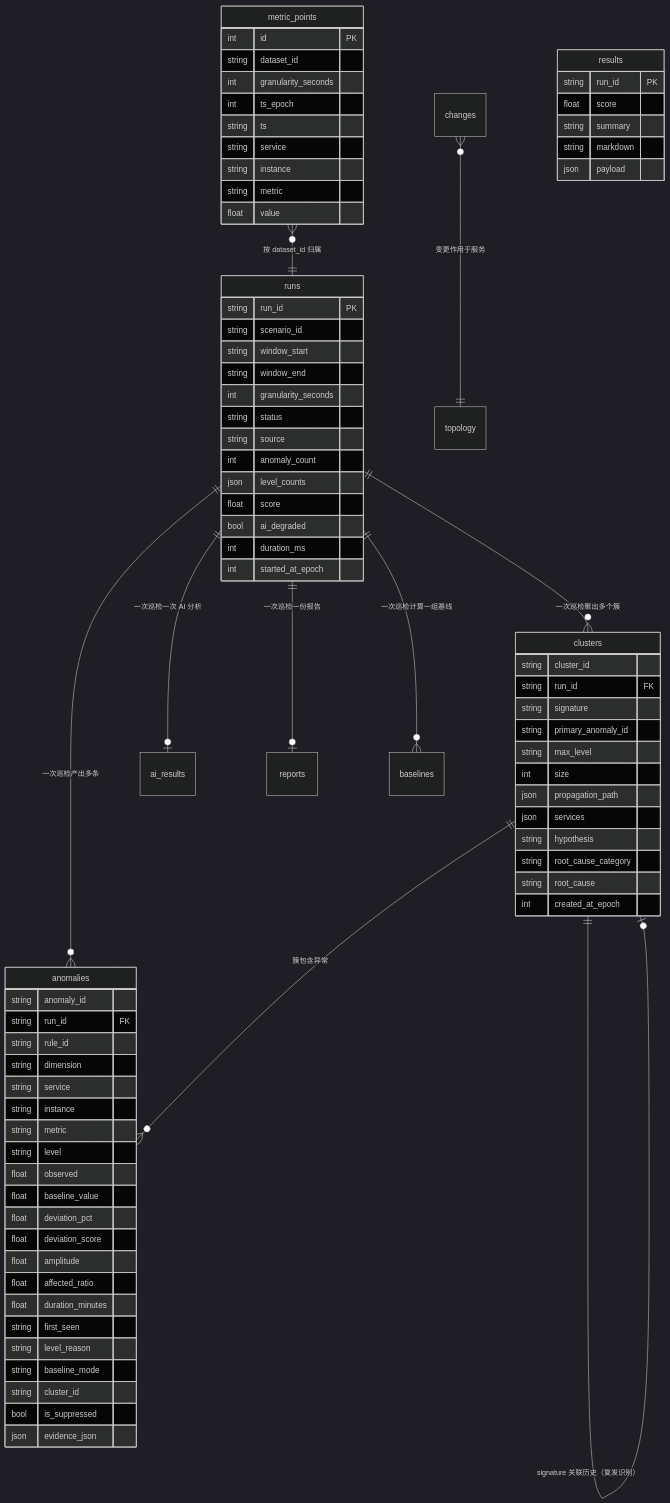
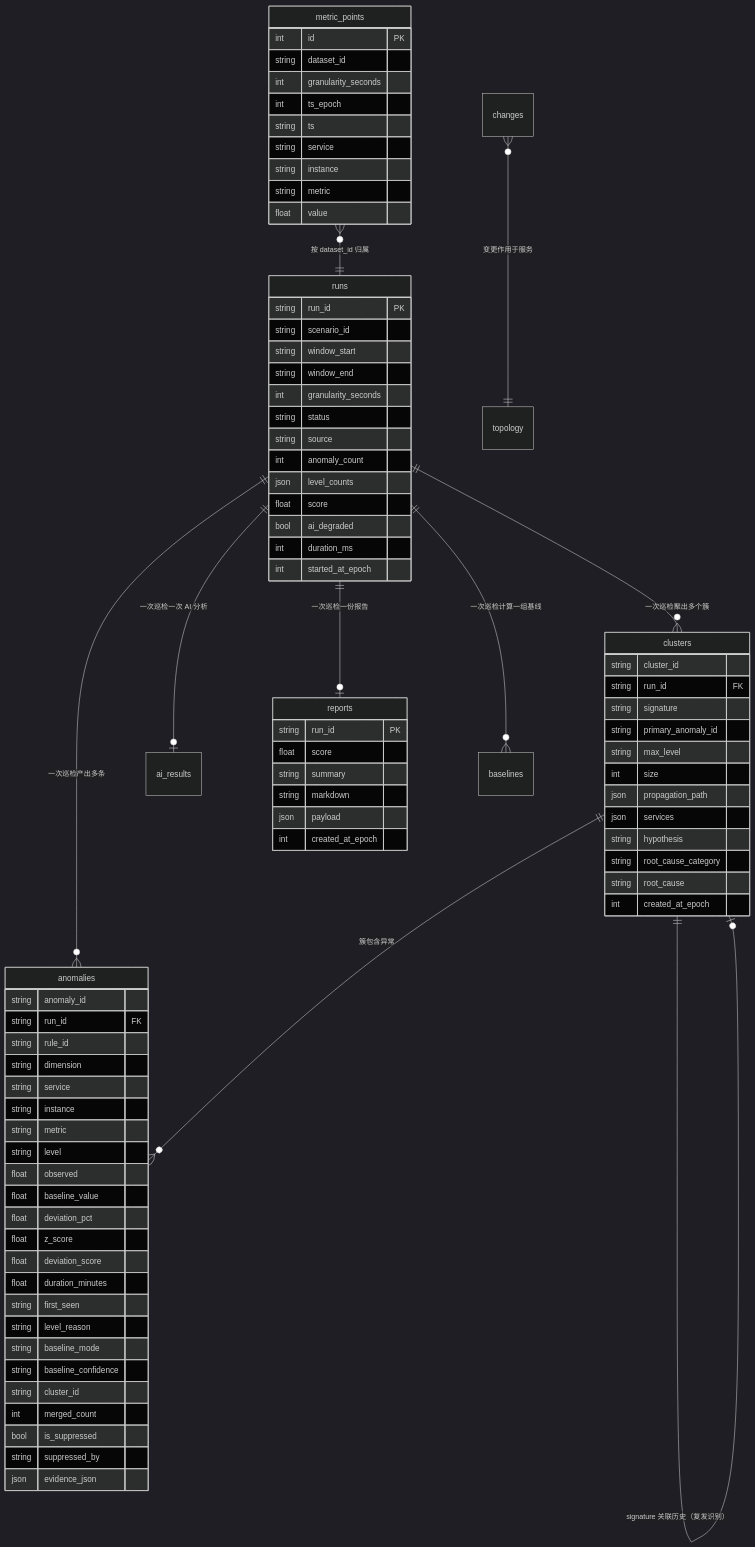
The diagram in docs/04-数据结构.md (YTIANYE/StaGuardAgent), drawn with Mermaid (dark theme) before and after one commit. The commit also changed 9 other files, not shown here.

````diff
--- a/docs/04-数据结构.md
+++ b/docs/04-数据结构.md
@@ -66,15 +66,17 @@
         float observed
         float baseline_value
         float deviation_pct
+        float z_score
         float deviation_score
-        float amplitude
-        float affected_ratio
         float duration_minutes
         string first_seen
         string level_reason
         string baseline_mode
+        string baseline_confidence
         string cluster_id
+        int merged_count
         bool is_suppressed
+        string suppressed_by
         json evidence_json
     }
     clusters {
@@ -102,11 +104,12 @@
         string metric
         float value
     }
-    results {
+    reports {
         string run_id PK
         float score
         string summary
         string markdown
         json payload
+        int created_at_epoch
     }
 ```
````
